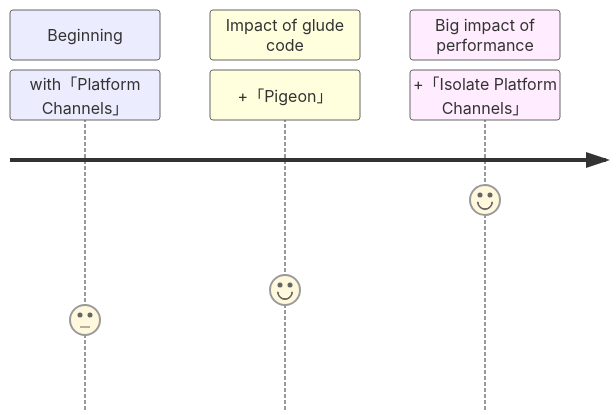
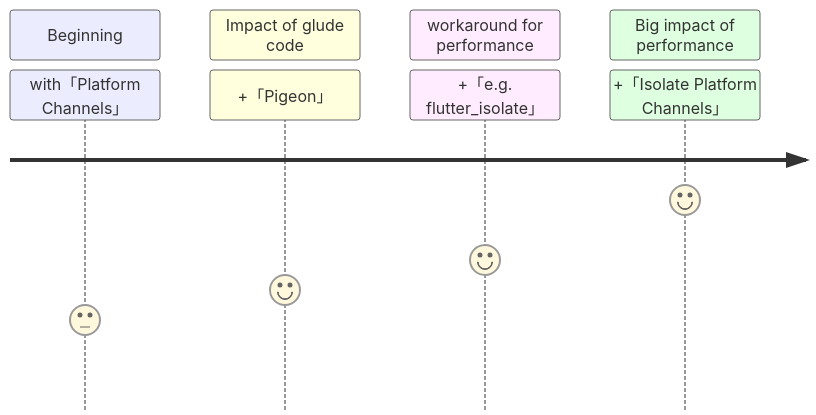
The diagram in slide/pages/journey_platform-specific_APIs.md (sensuikan1973/flutter_expensive_native_embedding_journey), drawn with Mermaid before and after one commit. The commit also changed other lines of this file and 2 other files, not shown here.

````diff
--- a/slide/pages/journey_platform-specific_APIs.md
+++ b/slide/pages/journey_platform-specific_APIs.md
@@ -31,9 +31,11 @@
 ```mermaid {scale: 0.6}
 journey
     section Beginning
         with「Platform Channels」: 3
     section Impact of glude code
         +「Pigeon」: 4
+    section workaround for performance
+        +「e.g. flutter_isolate」 : 5
     section Big impact of performance
         +「Isolate Platform Channels」 : 7
 ```
````
